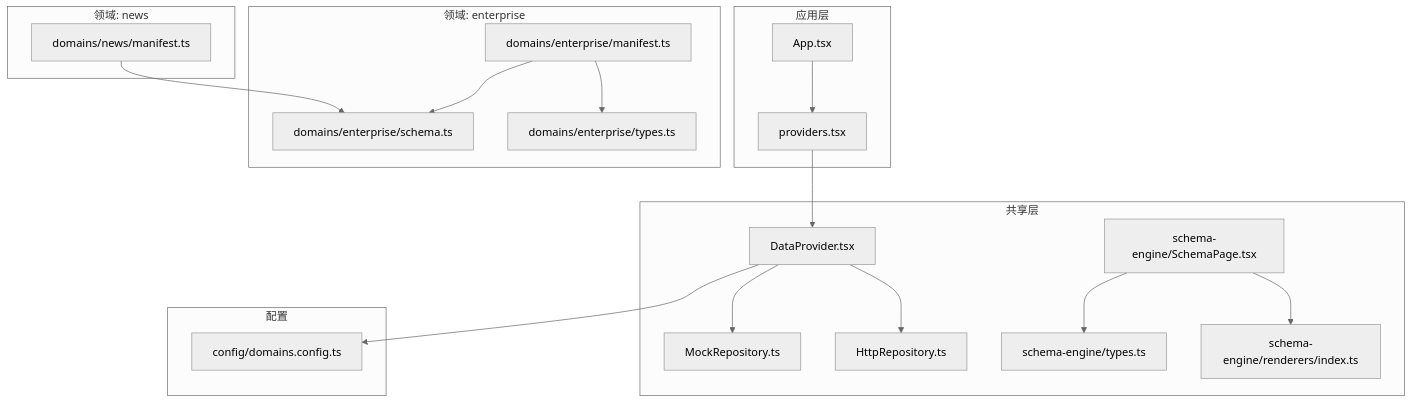
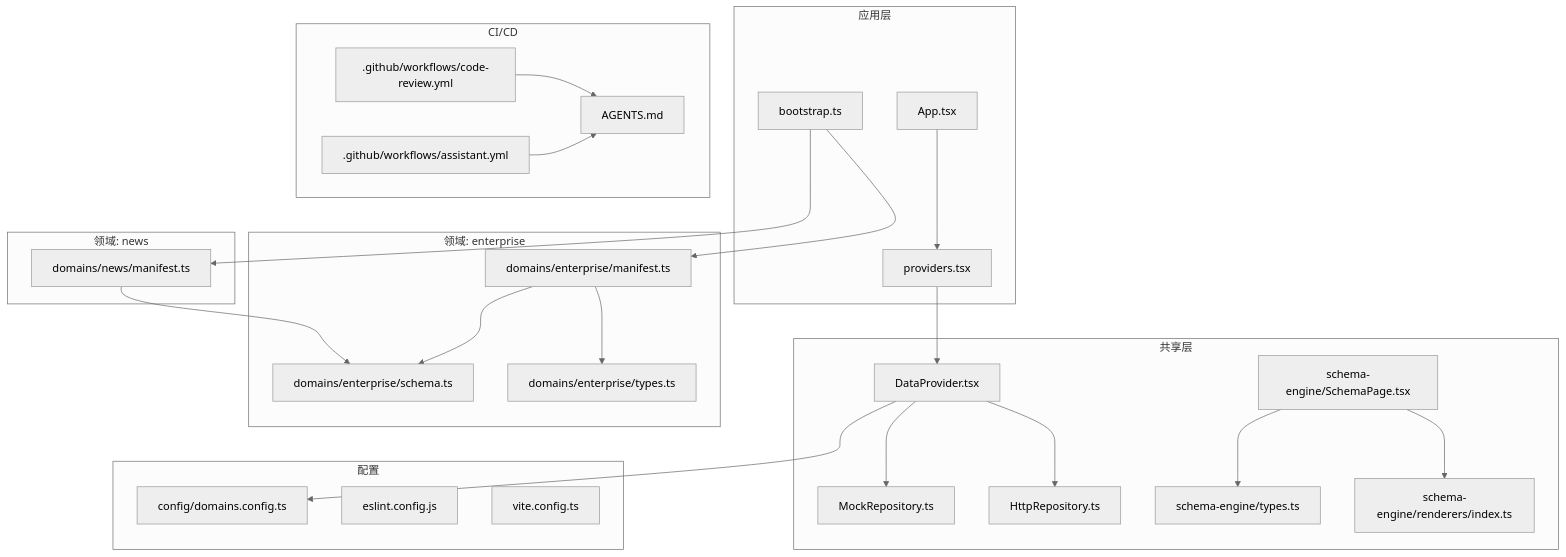
The first of 7 diagrams in .qoder/repowiki/zh/content/开发指南/开发指南.md (Seiano/hj-admin), drawn with Mermaid (neutral theme) before and after one commit. The commit also changed other lines of this file and 13 other files, not shown here.

````diff
--- a/.qoder/repowiki/zh/content/开发指南/开发指南.md
+++ b/.qoder/repowiki/zh/content/开发指南/开发指南.md
@@ -48,36 +65,48 @@
 ```mermaid
 graph TB
 subgraph "应用层"
 A["App.tsx"]
 B["providers.tsx"]
+C["bootstrap.ts"]
 end
 subgraph "共享层"
-C["DataProvider.tsx"]
-D["MockRepository.ts"]
-E["HttpRepository.ts"]
-F["schema-engine/types.ts"]
-G["schema-engine/SchemaPage.tsx"]
-H["schema-engine/renderers/index.ts"]
+D["DataProvider.tsx"]
+E["MockRepository.ts"]
+F["HttpRepository.ts"]
+G["schema-engine/types.ts"]
+H["schema-engine/SchemaPage.tsx"]
+I["schema-engine/renderers/index.ts"]
 end
 subgraph "配置"
-I["config/domains.config.ts"]
+J["config/domains.config.ts"]
+K["eslint.config.js"]
+L["vite.config.ts"]
 end
 subgraph "领域: enterprise"
-J["domains/enterprise/manifest.ts"]
-K["domains/enterprise/schema.ts"]
-L["domains/enterprise/types.ts"]
+M["domains/enterprise/manifest.ts"]
+N["domains/enterprise/schema.ts"]
+O["domains/enterprise/types.ts"]
 end
 subgraph "领域: news"
-M["domains/news/manifest.ts"]
+P["domains/news/manifest.ts"]
+end
+subgraph "CI/CD"
+Q[".github/workflows/code-review.yml"]
+R[".github/workflows/assistant.yml"]
+S["AGENTS.md"]
 end
 A --> B
-B --> C
-C --> D
-C --> E
-C --> I
-G --> F
-G --> H
-J --> K
-J --> L
-M --> K
+B --> D
+C --> M
+C --> P
+D --> E
+D --> F
+D --> J
+H --> G
+H --> I
+M --> N
+M --> O
+P --> N
+Q --> S
+R --> S
 ```
````
